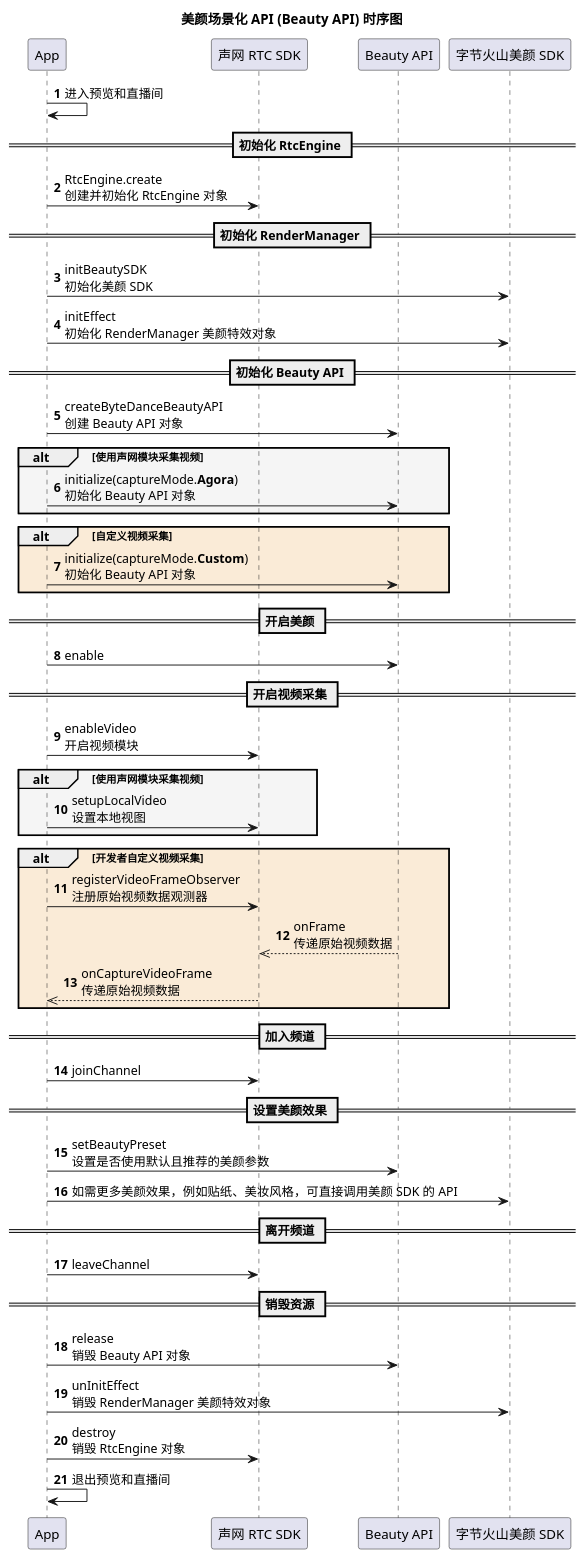
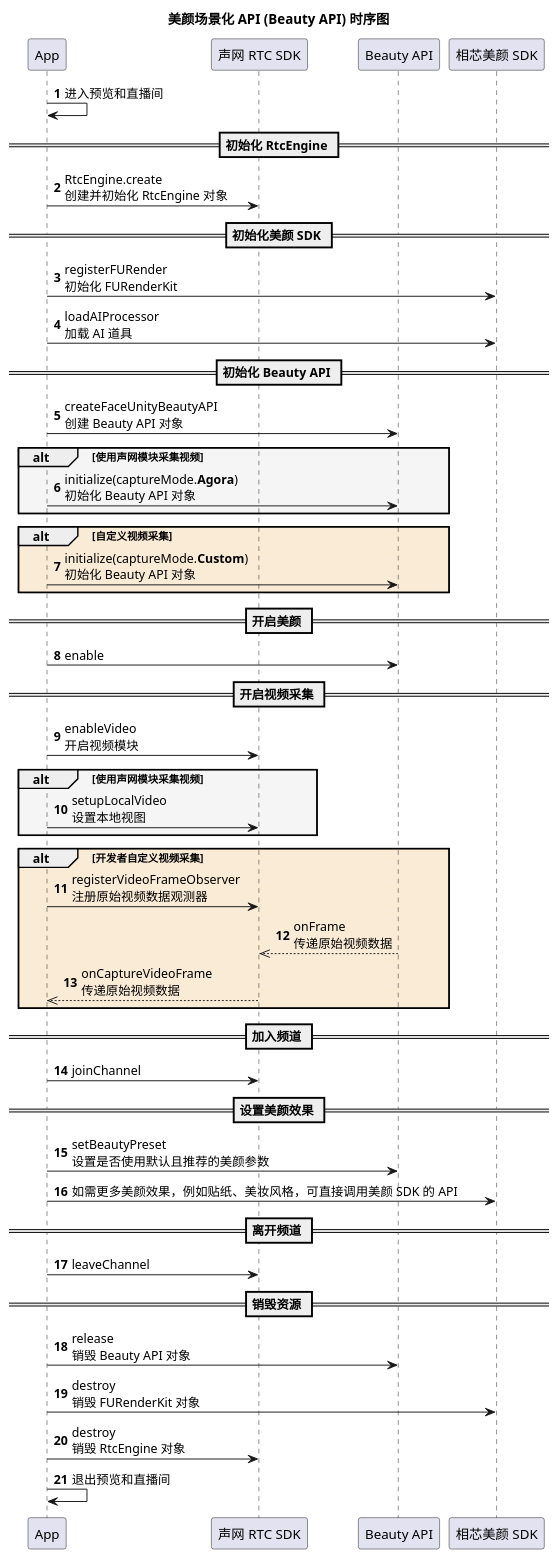
Before and after one commit to AgoraIO/agora_doc_source: the diagram in markdown/beauty/相芯Android时序图.wsd, drawn with PlantUML.

Commit message:
[beauty] wip

```diff
--- a/markdown/beauty/相芯Android时序图.wsd
+++ b/markdown/beauty/相芯Android时序图.wsd
@@ -1,46 +1,46 @@
 @startuml
 autonumber
 title 美颜场景化 API (Beauty API) 时序图
 participant "App" as app
 participant "声网 RTC SDK" as rtc
 participant "Beauty API" as api
-participant "字节火山美颜 SDK" as beauty
+participant "相芯美颜 SDK" as beauty
 app -> app: 进入预览和直播间
 == 初始化 RtcEngine ==
 app -> rtc: RtcEngine.create \n创建并初始化 RtcEngine 对象
-== 初始化 RenderManager ==
-app -> beauty: initBeautySDK \n初始化美颜 SDK
-app -> beauty: initEffect \n初始化 RenderManager 美颜特效对象
+== 初始化美颜 SDK ==
+app -> beauty: registerFURender \n初始化 FURenderKit
+app -> beauty: loadAIProcessor \n加载 AI 道具
 == 初始化 Beauty API ==
-app -> api: createByteDanceBeautyAPI \n创建 Beauty API 对象
+app -> api: createFaceUnityBeautyAPI \n创建 Beauty API 对象
 alt #WhiteSmoke 使用声网模块采集视频
 app -> api: initialize(captureMode.**Agora**) \n初始化 Beauty API 对象
 end
 alt #AntiqueWhite 自定义视频采集
 app -> api: initialize(captureMode.**Custom**) \n初始化 Beauty API 对象
 end
 == 开启美颜 ==
 app -> api: enable
 == 开启视频采集 ==
 app -> rtc: enableVideo \n开启视频模块
 alt #WhiteSmoke 使用声网模块采集视频
 app -> rtc: setupLocalVideo \n设置本地视图
 end
 alt #AntiqueWhite 开发者自定义视频采集
 app -> rtc: registerVideoFrameObserver \n注册原始视频数据观测器
 api -->> rtc: onFrame \n传递原始视频数据
 rtc -->> app: onCaptureVideoFrame \n传递原始视频数据
 end
 == 加入频道 ==
 app -> rtc: joinChannel
 == 设置美颜效果 ==
 app -> api: setBeautyPreset \n设置是否使用默认且推荐的美颜参数
 app -> beauty: 如需更多美颜效果，例如贴纸、美妆风格，可直接调用美颜 SDK 的 API
 == 离开频道 ==
 app -> rtc: leaveChannel
 == 销毁资源 ==
 app -> api: release \n销毁 Beauty API 对象
-app -> beauty: unInitEffect \n销毁 RenderManager 美颜特效对象
+app -> beauty: destroy \n销毁 FURenderKit 对象
 app -> rtc: destroy \n销毁 RtcEngine 对象
 app -> app: 退出预览和直播间
 @enduml
```
